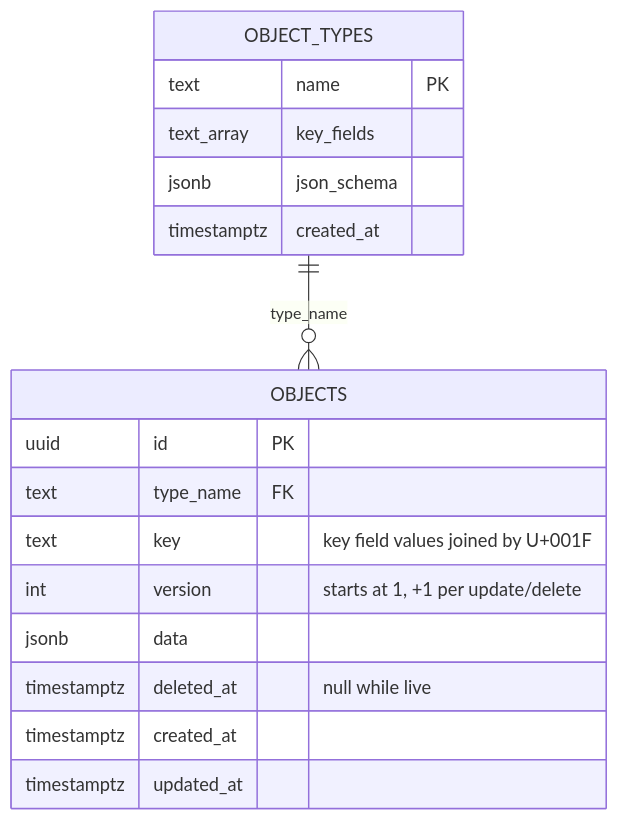
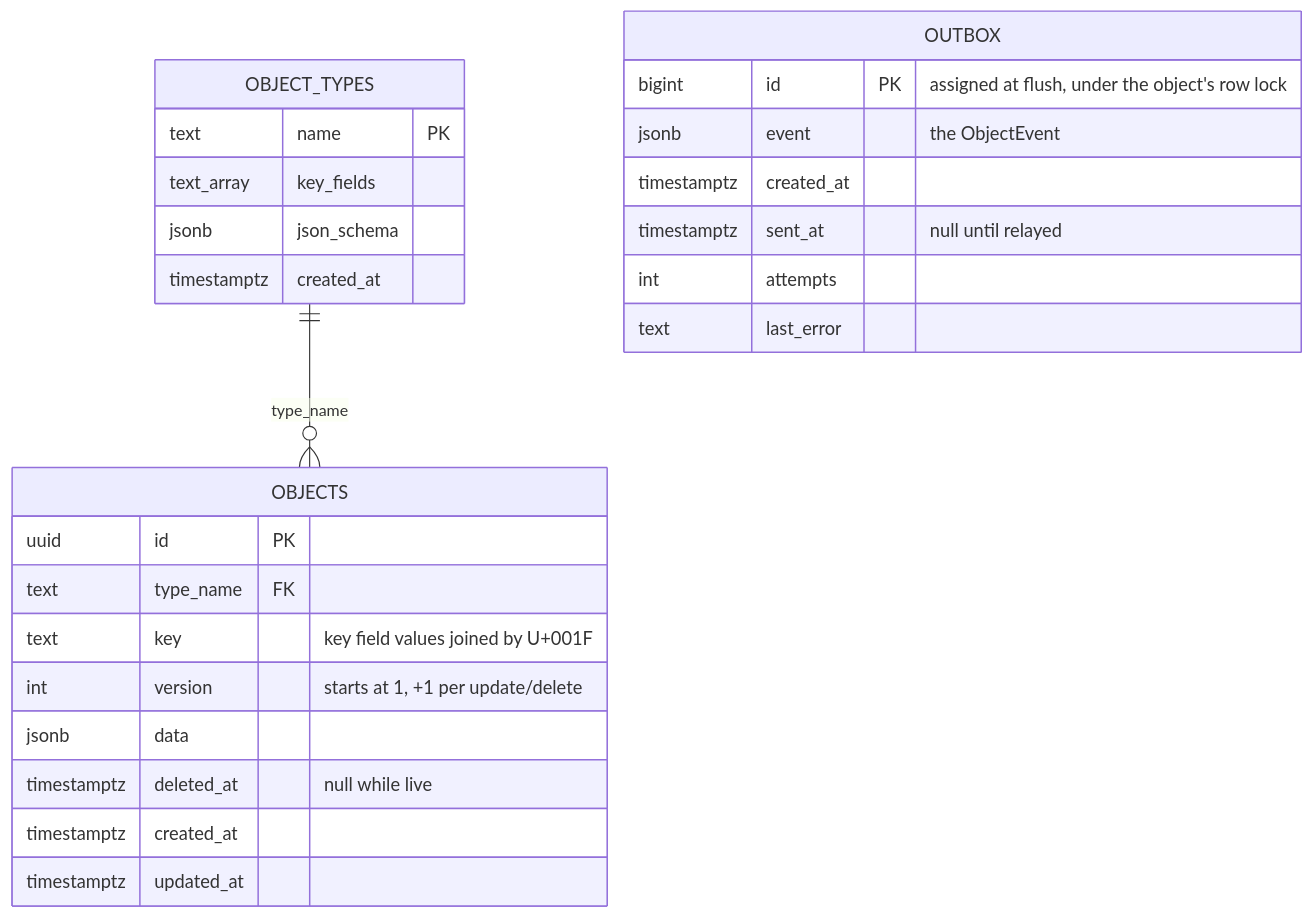
One commit to centeba/dbpersist changed the third of 9 diagrams in docs/ARCHITECTURE.md. Above: the diagram before and after it, drawn with Mermaid. The commit also changed other lines of this file and 19 other files, not shown here.

````diff
--- a/docs/ARCHITECTURE.md
+++ b/docs/ARCHITECTURE.md
@@ -116,20 +116,28 @@
 ```mermaid
 erDiagram
     OBJECT_TYPES ||--o{ OBJECTS : "type_name"
+    OUTBOX {
+        bigint id PK "assigned at flush, under the object's row lock"
+        jsonb event "the ObjectEvent"
+        timestamptz created_at
+        timestamptz sent_at "null until relayed"
+        int attempts
+        text last_error
+    }
     OBJECT_TYPES {
         text name PK
         text_array key_fields
         jsonb json_schema
         timestamptz created_at
     }
     OBJECTS {
         uuid id PK
         text type_name FK
         text key "key field values joined by U+001F"
         int version "starts at 1, +1 per update/delete"
         jsonb data
         timestamptz deleted_at "null while live"
         timestamptz created_at
         timestamptz updated_at
     }
 ```
````
